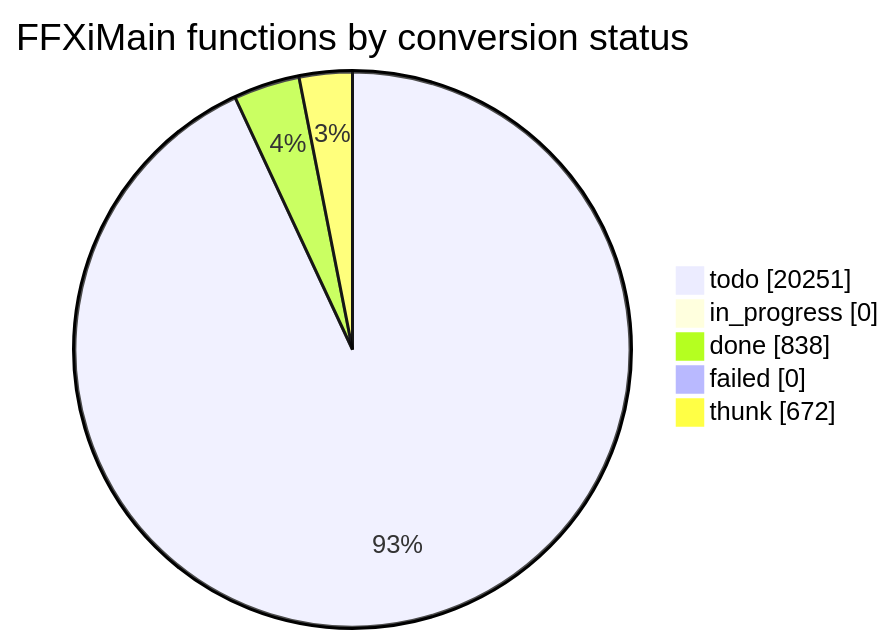
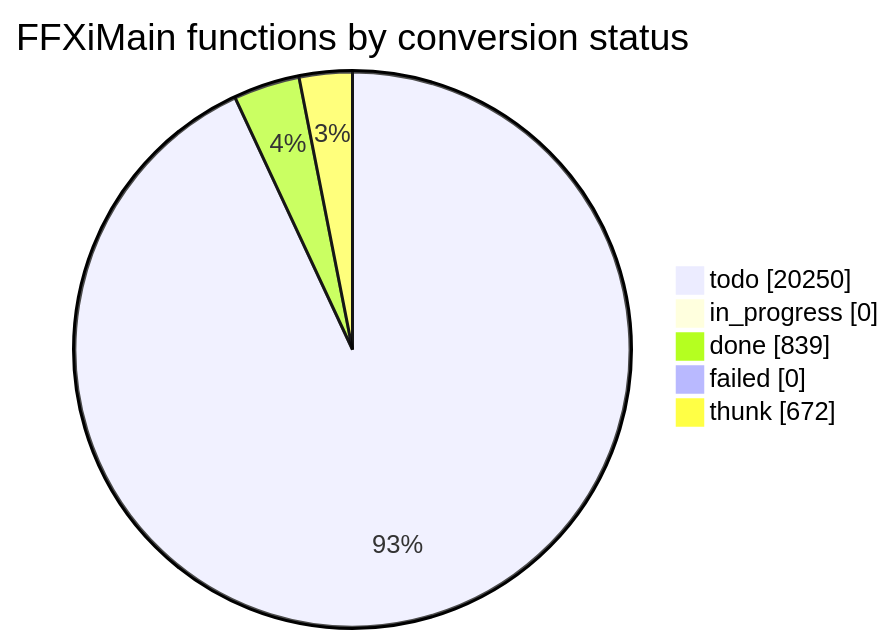
Before and after one commit to cowrevenge/cow_kuluu_xi_anything: the diagram in docs/cow/STATUS.md, drawn with Mermaid. The commit also changed other lines of this file and 9 other files, not shown here.

````diff
--- a/docs/cow/STATUS.md
+++ b/docs/cow/STATUS.md
@@ -18,9 +18,9 @@
 ```mermaid
 pie showData
     title FFXiMain functions by conversion status
-    "todo" : 20251
+    "todo" : 20250
     "in_progress" : 0
-    "done" : 838
+    "done" : 839
     "failed" : 0
     "thunk" : 672
 ```
````
